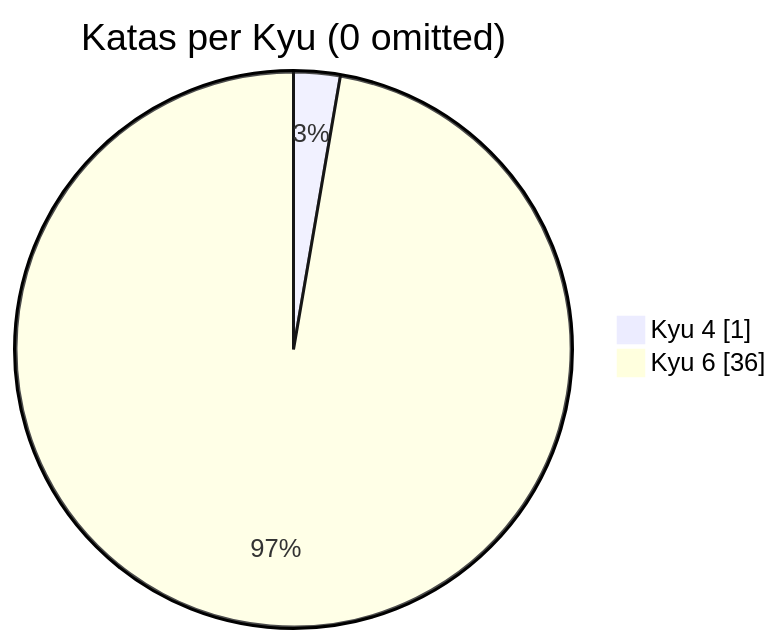
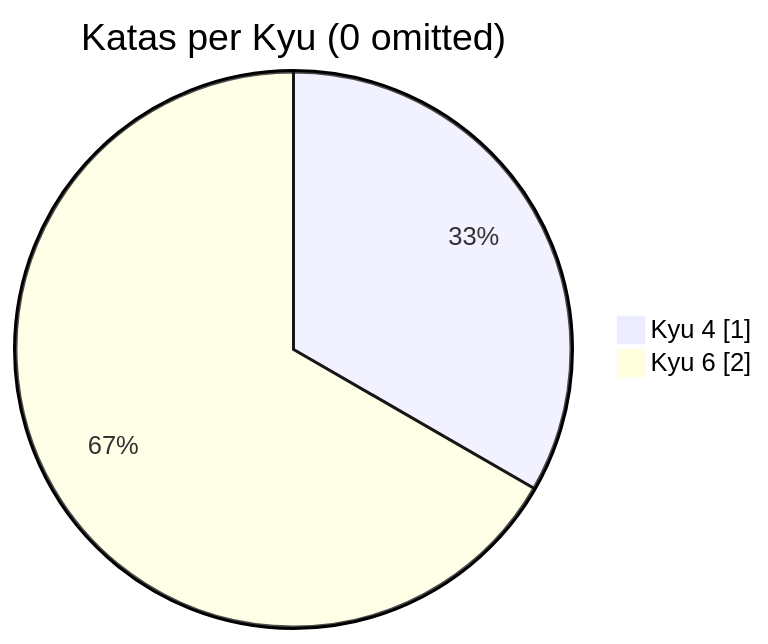
One commit to eyyMinda/KataVault changed the diagram in README.md. Above: the diagram before and after it, drawn with Mermaid. The commit also changed other lines of this file, not shown here.

````diff
--- a/README.md
+++ b/README.md
@@ -21,6 +21,6 @@
 ```mermaid
 pie showData
     title Katas per Kyu (0 omitted)
 	"Kyu 4": 1
-	"Kyu 6": 36
+	"Kyu 6": 2
 ```
````
